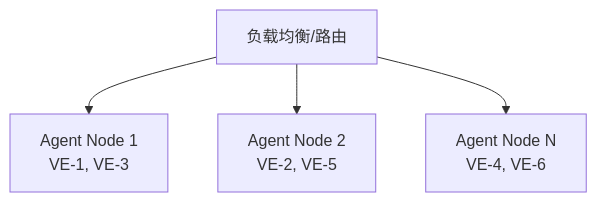
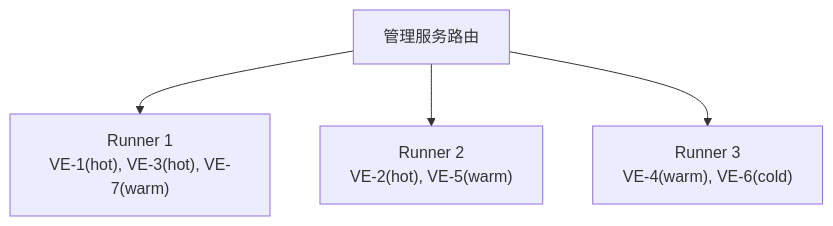
The fourth of 4 diagrams in virtual-team/src/07-agent-server.md (chongyi/virtual-team-architecture), drawn with Mermaid before and after one commit. The commit also changed other lines of this file and 5 other files, not shown here.

````diff
--- a/virtual-team/src/07-agent-server.md
+++ b/virtual-team/src/07-agent-server.md
@@ -96,7 +209,7 @@
 ```mermaid
 flowchart TD
-    lb["负载均衡/路由"]
-    lb --> n1["Agent Node 1<br/>VE-1, VE-3"]
-    lb --> n2["Agent Node 2<br/>VE-2, VE-5"]
-    lb --> n3["Agent Node N<br/>VE-4, VE-6"]
+    lb["管理服务路由"]
+    lb --> r1["Runner 1<br/>VE-1(hot), VE-3(hot), VE-7(warm)"]
+    lb --> r2["Runner 2<br/>VE-2(hot), VE-5(warm)"]
+    lb --> r3["Runner 3<br/>VE-4(warm), VE-6(cold)"]
 ```
````
